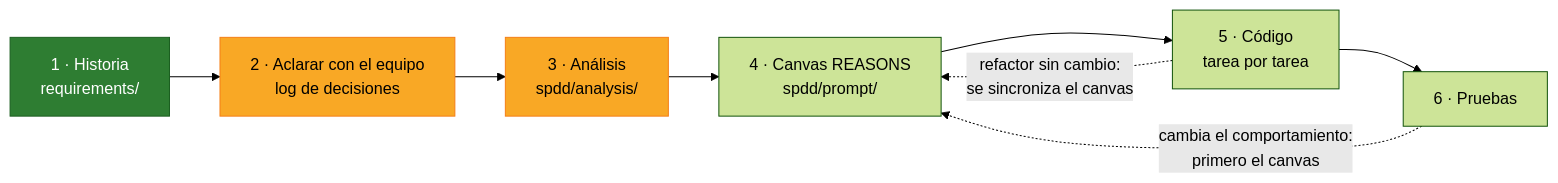
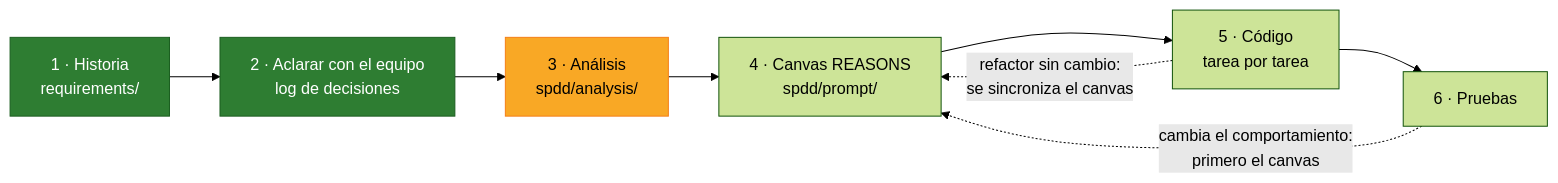
One commit to Maria-Fernanda-Ruiz/agregador-resiliente changed the first of 4 diagrams in README.md. Above: the diagram before and after it, drawn with Mermaid (forest theme). The commit also changed other lines of this file and 3 other files, not shown here.

````diff
--- a/README.md
+++ b/README.md
@@ -19,14 +20,14 @@
 ```mermaid
 flowchart LR
     H["1 · Historia<br/>requirements/"] --> C["2 · Aclarar con el equipo<br/>log de decisiones"]
     C --> AN["3 · Análisis<br/>spdd/analysis/"]
     AN --> CV["4 · Canvas REASONS<br/>spdd/prompt/"]
     CV --> G["5 · Código<br/>tarea por tarea"]
     G --> T["6 · Pruebas"]
     T -.->|"cambia el comportamiento:<br/>primero el canvas"| CV
     G -.->|"refactor sin cambio:<br/>se sincroniza el canvas"| CV
     classDef hecho fill:#2e7d32,stroke:#1b5e20,color:#ffffff
     classDef actual fill:#f9a825,stroke:#f57f17,color:#000000
-    class H hecho
-    class C,AN actual
+    class H,C hecho
+    class AN actual
 ```
````
